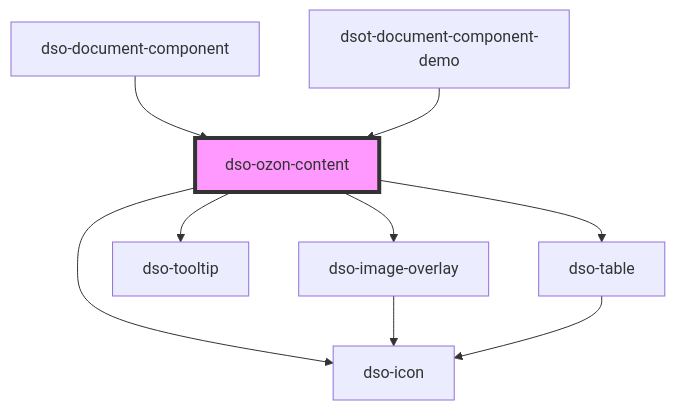
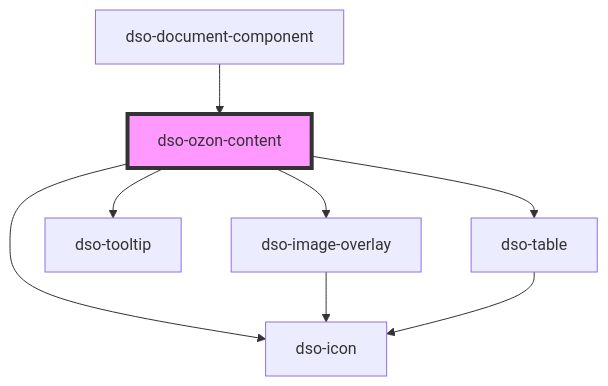
Before and after one commit to dso-toolkit/dso-toolkit: the diagram in packages/core/src/components/ozon-content/readme.md, drawn with Mermaid. The commit also changed other lines of this file and 13 other files, not shown here.

Commit message:
#3006 [Removed] Document Component: Verwijder deprecated properties `label`, `nummer` en `opschrift`

````diff
--- a/packages/core/src/components/ozon-content/readme.md
+++ b/packages/core/src/components/ozon-content/readme.md
@@ -42,12 +41,11 @@
 ```mermaid
 graph TD;
   dso-ozon-content --> dso-icon
   dso-ozon-content --> dso-image-overlay
   dso-ozon-content --> dso-tooltip
   dso-ozon-content --> dso-table
   dso-image-overlay --> dso-icon
   dso-table --> dso-icon
   dso-document-component --> dso-ozon-content
-  dsot-document-component-demo --> dso-ozon-content
   style dso-ozon-content fill:#f9f,stroke:#333,stroke-width:4px
 ```
````
